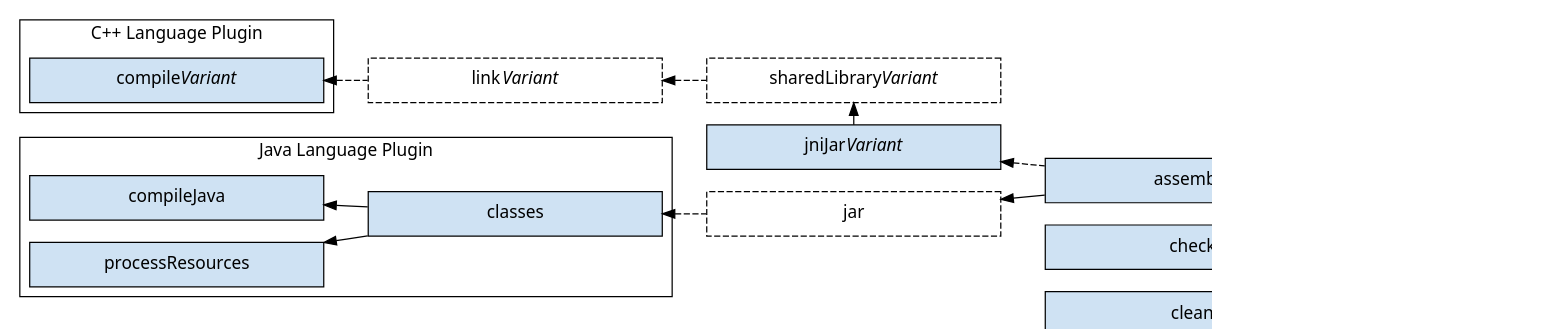
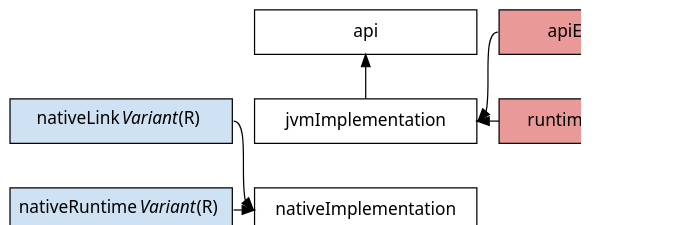
One commit to nokeedev/gradle-native changed the diagram in subprojects/docs/src/docs/manual/img/jni-library-configurations.dot. Above: the diagram before and after it, drawn with Graphviz.

Commit message:
Revert a bad copy-paste breaking a picture in the user manual

```diff
--- a/subprojects/docs/src/docs/manual/img/jni-library-configurations.dot
+++ b/subprojects/docs/src/docs/manual/img/jni-library-configurations.dot
@@ -1,46 +1,36 @@
-digraph jniLibraryTaskGraph {
-  graph [ dpi = 100, fontname="Sans"];
-  node [fontname = "Sans"];
-  edge [fontname = "Sans"];
-  node [shape=rectangle, fixedsize=true, width=3.3, height=0.5];
-  node [style=filled, fillcolor="#cfe2f3"]
-  rankdir=LR
+digraph jniLibraryConfigurations {
+	graph [ dpi = 100, fontname="Sans"];
+	node [fontname = "Sans"];
+	edge [fontname = "Sans"];
+	node [shape=rectangle, fixedsize=true, width=2.5, height=0.5];
 
-  subgraph cluster_cppLanguage {
-    label = "C++ Language Plugin"
-    color = black
+	subgraph central {
+		node[style=filled, fillcolor=white]
+		api -> jvmImplementation -> nativeImplementation [style=invis weight=1000]
+		jvmImplementation -> api [headport=s tailport=n]
+	}
 
-    compileCpp [label=<compile<i>Variant</i>>]
-  }
+	subgraph left {
+		node[style=filled, fillcolor="#cfe2f3"]
+		nativeLink[label=<nativeLink<i>Variant</i> (R)>]
+		nativeRuntime[label=<nativeRuntime<i>Variant</i> (R)>]
 
-  subgraph cluster_javaLanguage {
-    label = "Java Language Plugin"
+		nativeLink -> nativeRuntime [style=invis]
+	}
 
-    {compileJava, processResources} -> classes [dir=back]
-    {rank=same compileJava processResources}
-  }
+	subgraph right {
+        node[style=filled, fillcolor="#ea9999"]
+        apiElements -> runtimeElements [style=invis]
 
-  // Styling
-  link [style=dashed, label=<link<i>Variant</i>>]
-  sharedLibrary [style=dashed, label=<sharedLibrary<i>Variant</i>>]
-  jarNative [label=<jniJar<i>Variant</i>>]
-  jarJvm [style=dashed label="jar"]
+        apiElements[label="apiElements (C)"]
+        runtimeElements[label="runtimeElements (C)"]
+    }
 
-  // link to assemble
-  compileCpp -> link -> sharedLibrary [dir=back, style=dashed]
-  sharedLibrary -> jarNative [dir=back]
-  {rank=same sharedLibrary jarNative}
-  jarNative -> assemble [dir=back, style=dashed]
+	// Ensure the order is preserved
+	{rank=same nativeImplementation nativeRuntime}
+	{rank=same nativeLink runtimeElements jvmImplementation}
+	nativeLink -> jvmImplementation -> runtimeElements [style=invis]
 
-  // classes to assemble
-  classes -> jarJvm [dir=back, style=dashed]
-  jarJvm -> assemble [dir=back]
-
-  // assemble & check to build
-  assemble -> build [dir=back]
-  check -> build [dir=back]
-
-  // align check & clean
-  check -> clean [style=invis]
-  {rank=same check clean}
+	{nativeLink nativeRuntime} -> nativeImplementation [headport=w tailport=e]
+	{apiElements runtimeElements} -> jvmImplementation [headport=e tailport=w]
 }
```
